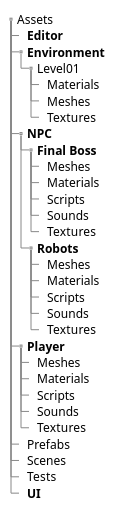
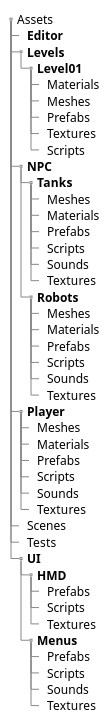
The third of 6 diagrams in articles/estructura_del_proyecto.adoc (jesustorresdev/quarto-lecture-notes-format), drawn with PlantUML before and after one commit. The commit also changed other lines of this file and 2 other files, not shown here.

```diff
--- a/articles/estructura_del_proyecto.adoc
+++ b/articles/estructura_del_proyecto.adoc
@@ -100,38 +100,51 @@
 [plantuml, format="svg"]
 ....
 salt
 {
 {T
  + Assets
  ++ <b>Editor
- ++ <b>Environment
- +++ Level01
+ ++ <b>Levels
+ +++ <b>Level01
  ++++ Materials
  ++++ Meshes
+ ++++ Prefabs
  ++++ Textures
+ ++++ Scripts
  ++ <b>NPC
- +++ <b>Final Boss
+ +++ <b>Tanks
  ++++ Meshes
  ++++ Materials
+ ++++ Prefabs
  ++++ Scripts
  ++++ Sounds
  ++++ Textures
  +++ <b>Robots
  ++++ Meshes
  ++++ Materials
+ ++++ Prefabs
  ++++ Scripts
  ++++ Sounds
  ++++ Textures
  ++ <b>Player
  +++ Meshes
  +++ Materials
+ +++ Prefabs
  +++ Scripts
  +++ Sounds
  +++ Textures
- ++ Prefabs
  ++ Scenes
  ++ Tests
  ++ <b>UI
+ +++ <b>HMD
+ ++++ Prefabs
+ ++++ Scripts
+ ++++ Textures
+ +++ <b>Menus
+ ++++ Prefabs
+ ++++ Scripts
+ ++++ Sounds
+ ++++ Textures
 }
 }
 ....
```
